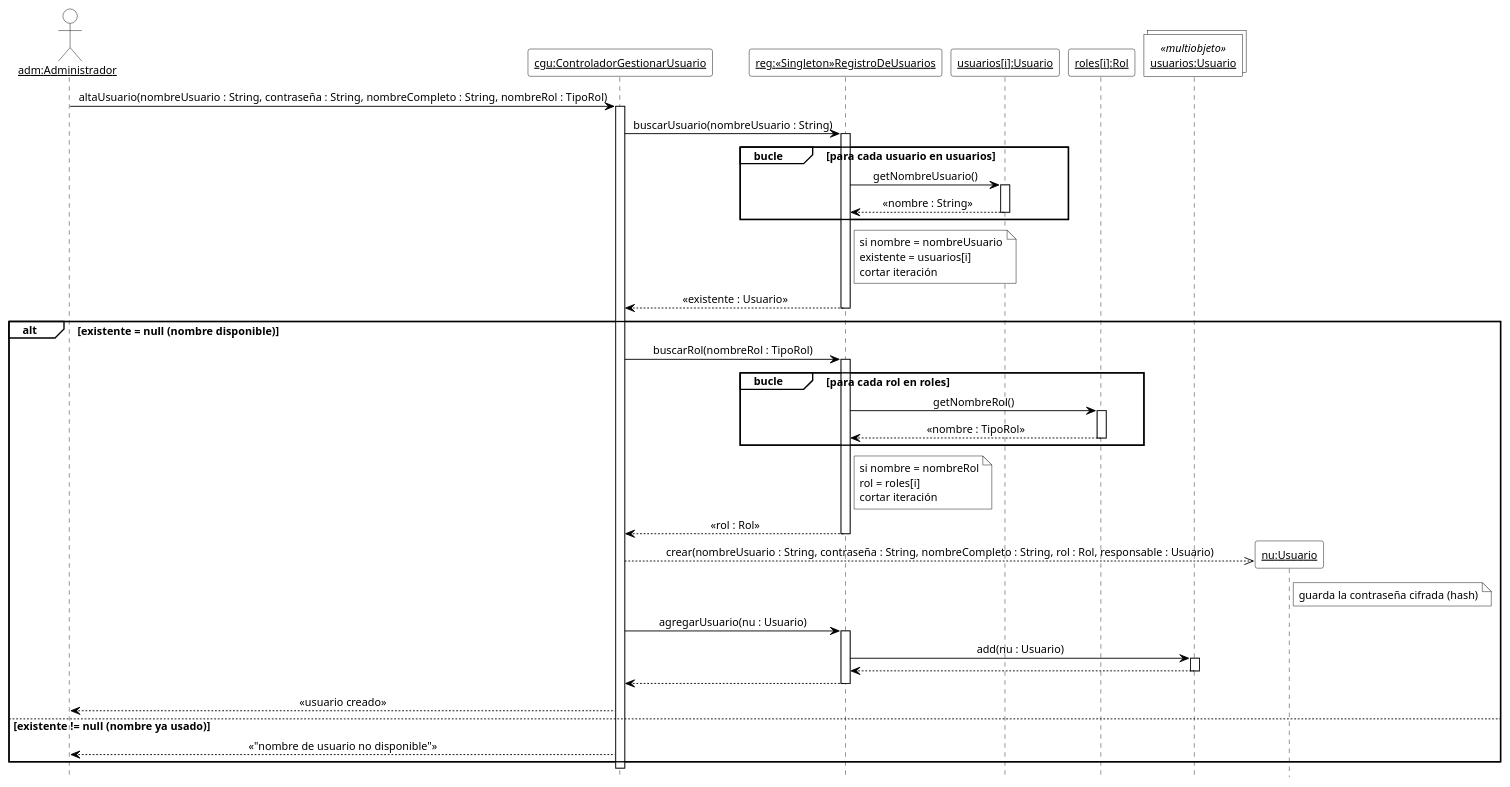
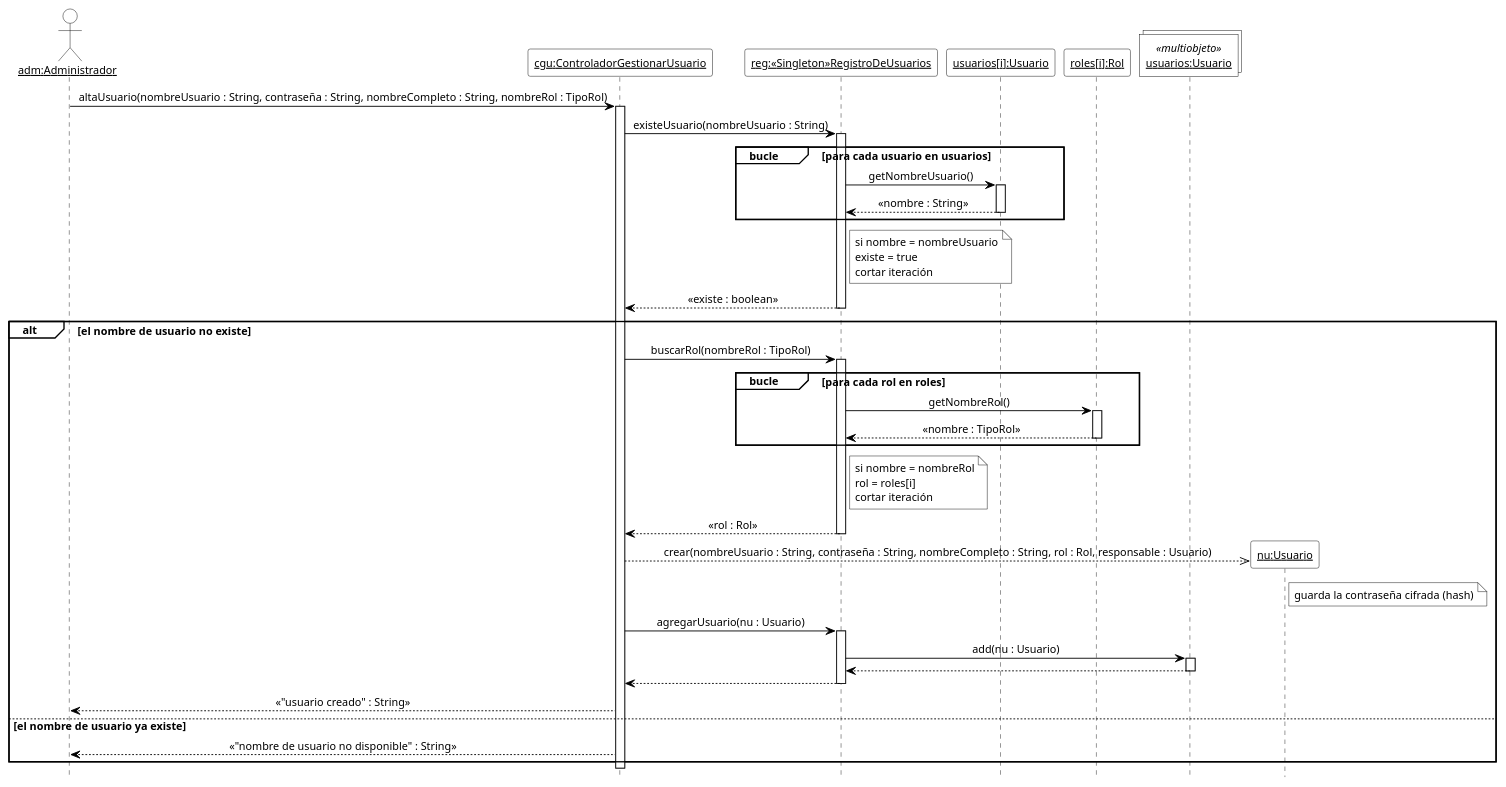
One commit to cirotop/Stock-Project changed the second of 18 diagrams in 08-Diagrama De Secuencia/Diagramas_de_Secuencia.md. Above: the diagram before and after it, drawn with PlantUML. The commit also changed other lines of this file and 22 other files, not shown here.

````diff
--- a/08-Diagrama De Secuencia/Diagramas_de_Secuencia.md
+++ b/08-Diagrama De Secuencia/Diagramas_de_Secuencia.md
@@ -100,70 +99,70 @@
 ```plantuml
 @startuml DSD_CU-02_altaUsuario
 ' Diagrama de Secuencia de Diseño (DSD) - CU-02 Gestionar usuario - altaUsuario
 ' Estilo de los ejemplos de la teoría (introducirArticulo / crearNuevaVenta).
 hide footbox
 skinparam shadowing false
 skinparam defaultFontName Arial
 skinparam defaultFontSize 12
 skinparam sequenceMessageAlign center
 skinparam ArrowColor black
 skinparam ParticipantBackgroundColor white
 skinparam ParticipantBorderColor black
 skinparam CollectionsBackgroundColor white
 skinparam CollectionsBorderColor black
 skinparam ActorBackgroundColor white
 skinparam ActorBorderColor black
 skinparam LifeLineBorderColor black
 skinparam LifeLineBackgroundColor white
 skinparam SequenceGroupBackgroundColor white
 skinparam SequenceGroupBorderColor black
 skinparam SequenceGroupHeaderFontColor black
 skinparam NoteBackgroundColor white
 skinparam NoteBorderColor black
 
 actor "<u>adm:Administrador</u>" as adm
 participant "<u>cgu:ControladorGestionarUsuario</u>" as cgu
 participant "<u>reg:«Singleton»RegistroDeUsuarios</u>" as reg
 participant "<u>usuarios[i]:Usuario</u>" as ui
 participant "<u>roles[i]:Rol</u>" as ri
 collections "<u>usuarios:Usuario</u>" as mu <<multiobjeto>>
 
 adm -> cgu ++ : altaUsuario(nombreUsuario : String, contraseña : String, nombreCompleto : String, nombreRol : TipoRol)
-cgu -> reg ++ : buscarUsuario(nombreUsuario : String)
+cgu -> reg ++ : existeUsuario(nombreUsuario : String)
 group bucle [para cada usuario en usuarios]
   reg -> ui ++ : getNombreUsuario()
   ui --> reg -- : «nombre : String»
 end
 note right of reg
   si nombre = nombreUsuario
-  existente = usuarios[i]
+  existe = true
   cortar iteración
 end note
-reg --> cgu -- : «existente : Usuario»
-alt existente = null (nombre disponible)
+reg --> cgu -- : «existe : boolean»
+alt el nombre de usuario no existe
   cgu -> reg ++ : buscarRol(nombreRol : TipoRol)
   group bucle [para cada rol en roles]
     reg -> ri ++ : getNombreRol()
     ri --> reg -- : «nombre : TipoRol»
   end
   note right of reg
     si nombre = nombreRol
     rol = roles[i]
     cortar iteración
   end note
   reg --> cgu -- : «rol : Rol»
   create participant "<u>nu:Usuario</u>" as nu
   cgu -->> nu : crear(nombreUsuario : String, contraseña : String, nombreCompleto : String, rol : Rol, responsable : Usuario)
   note right of nu : guarda la contraseña cifrada (hash)
   cgu -> reg ++ : agregarUsuario(nu : Usuario)
   reg -> mu ++ : add(nu : Usuario)
   mu --> reg --
   reg --> cgu --
-  cgu --> adm : «usuario creado»
-else existente != null (nombre ya usado)
-  cgu --> adm : «"nombre de usuario no disponible"»
+  cgu --> adm : «"usuario creado" : String»
+else el nombre de usuario ya existe
+  cgu --> adm : «"nombre de usuario no disponible" : String»
 end
 deactivate cgu
 
 @enduml
 ```
````
